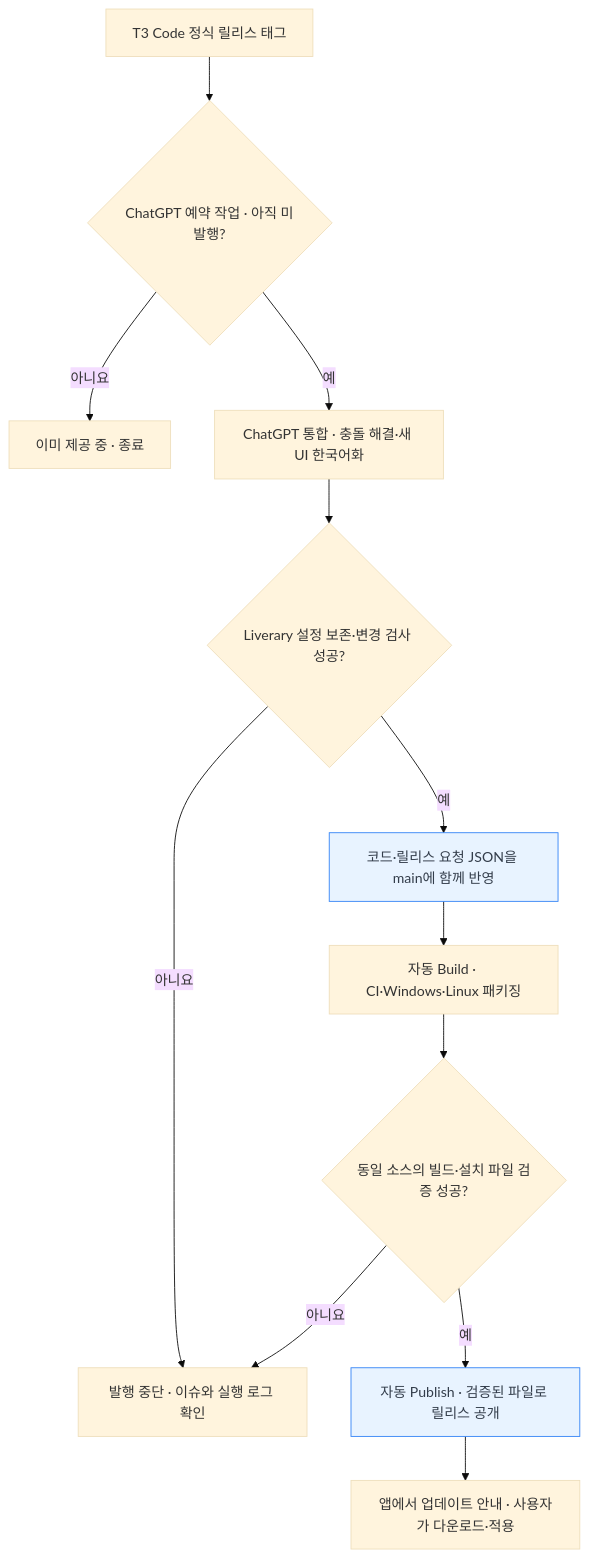
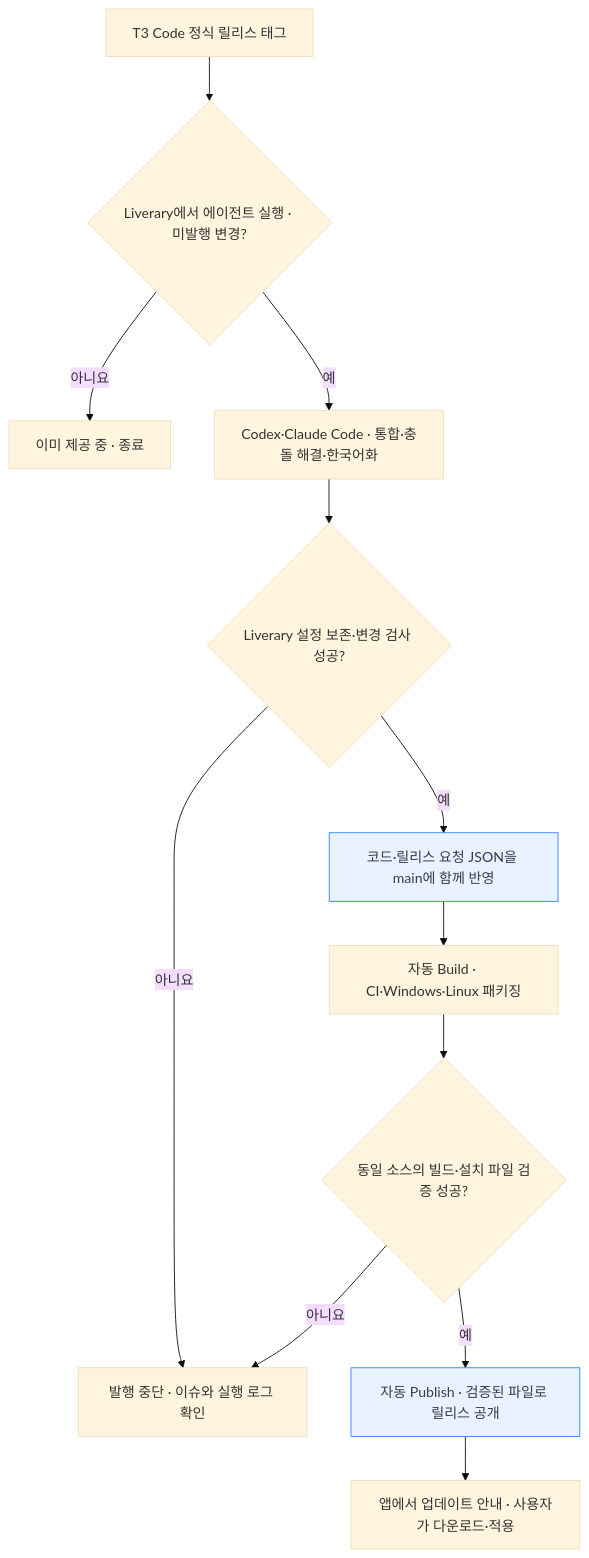
One commit to andongmin94/Liverary changed the third of 3 diagrams in README.md. Above: the diagram before and after it, drawn with Mermaid (base theme). The commit also changed other lines of this file and 4 other files, not shown here.

````diff
--- a/README.md
+++ b/README.md
@@ -168,29 +168,29 @@
 ```mermaid
 flowchart TB
     upstreamRelease["T3 Code 정식 릴리스 태그"]
-    upstreamCheck{"ChatGPT 예약 작업 · 아직 미발행?"}
+    upstreamCheck{"Liverary에서 에이전트 실행 · 미발행 변경?"}
     current["이미 제공 중 · 종료"]
-    integrate["ChatGPT 통합 · 충돌 해결·새 UI 한국어화"]
+    integrate["Codex·Claude Code · 통합·충돌 해결·한국어화"]
     sourceGate{"Liverary 설정 보존·변경 검사 성공?"}
     mainCommit["코드·릴리스 요청 JSON을 main에 함께 반영"]
     build["자동 Build · CI·Windows·Linux 패키징"]
     gate{"동일 소스의 빌드·설치 파일 검증 성공?"}
     blocked["발행 중단 · 이슈와 실행 로그 확인"]
     release["자동 Publish · 검증된 파일로 릴리스 공개"]
     installedApp["앱에서 업데이트 안내 · 사용자가 다운로드·적용"]
 
     upstreamRelease --> upstreamCheck
     upstreamCheck -->|"아니요"| current
     upstreamCheck -->|"예"| integrate
     integrate --> sourceGate
     sourceGate -->|"예"| mainCommit
     sourceGate -->|"아니요"| blocked
     mainCommit --> build
     build --> gate
     gate -->|"예"| release
     gate -->|"아니요"| blocked
     release --> installedApp
 
     classDef app fill:#e8f3ff,stroke:#3182f6,color:#333d4b
     class mainCommit,release app
 ```
````
